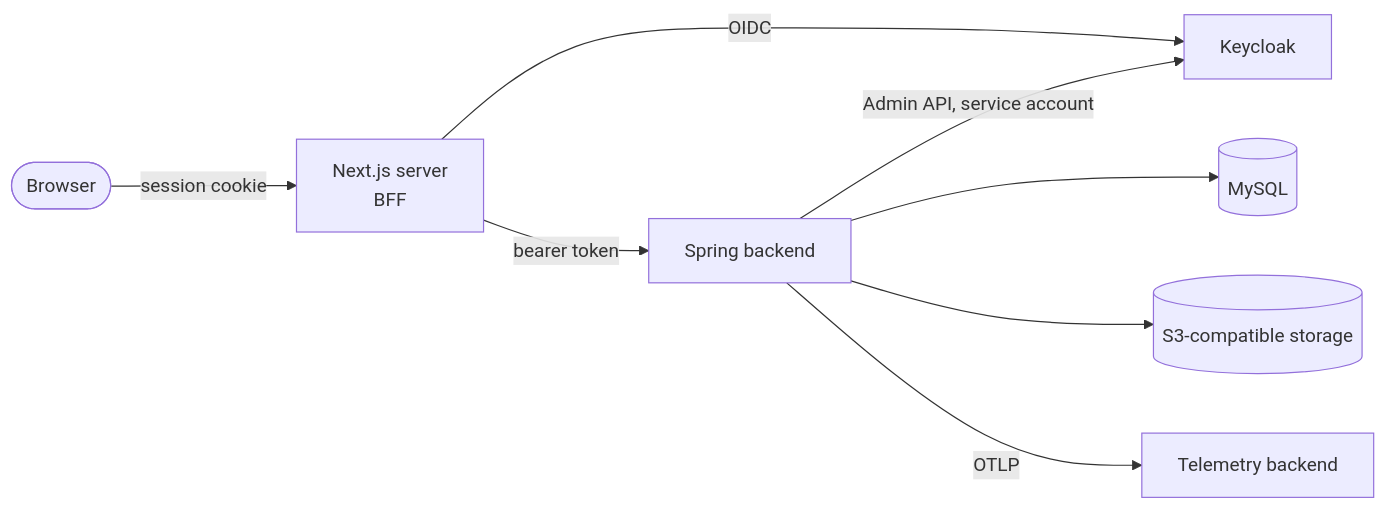
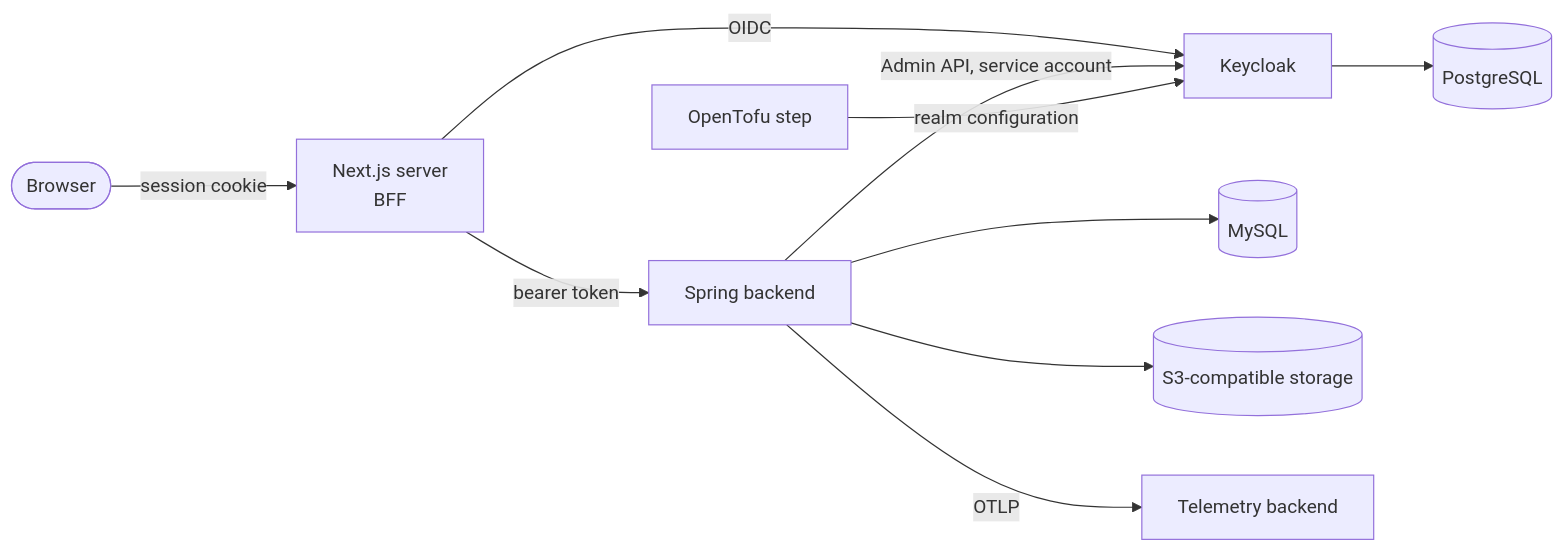
Before and after one commit to ishanKulkarni13/Kibootia: the diagram in kibootia-docs/operations/security/threat-model.md, drawn with Mermaid. The commit also changed other lines of this file and 5 other files, not shown here.

````diff
--- a/kibootia-docs/operations/security/threat-model.md
+++ b/kibootia-docs/operations/security/threat-model.md
@@ -15,10 +15,12 @@
 ```mermaid
 flowchart LR
     browser([Browser]) -->|session cookie| bff[Next.js server<br/>BFF]
     bff -->|bearer token| api[Spring backend]
     bff -->|OIDC| kc[Keycloak]
     api -->|Admin API, service account| kc
+    kc --> kcdb[(PostgreSQL)]
+    tofu[OpenTofu step] -->|realm configuration| kc
     api --> db[(MySQL)]
     api --> s3[(S3-compatible storage)]
     api -->|OTLP| otel[Telemetry backend]
 ```
````
